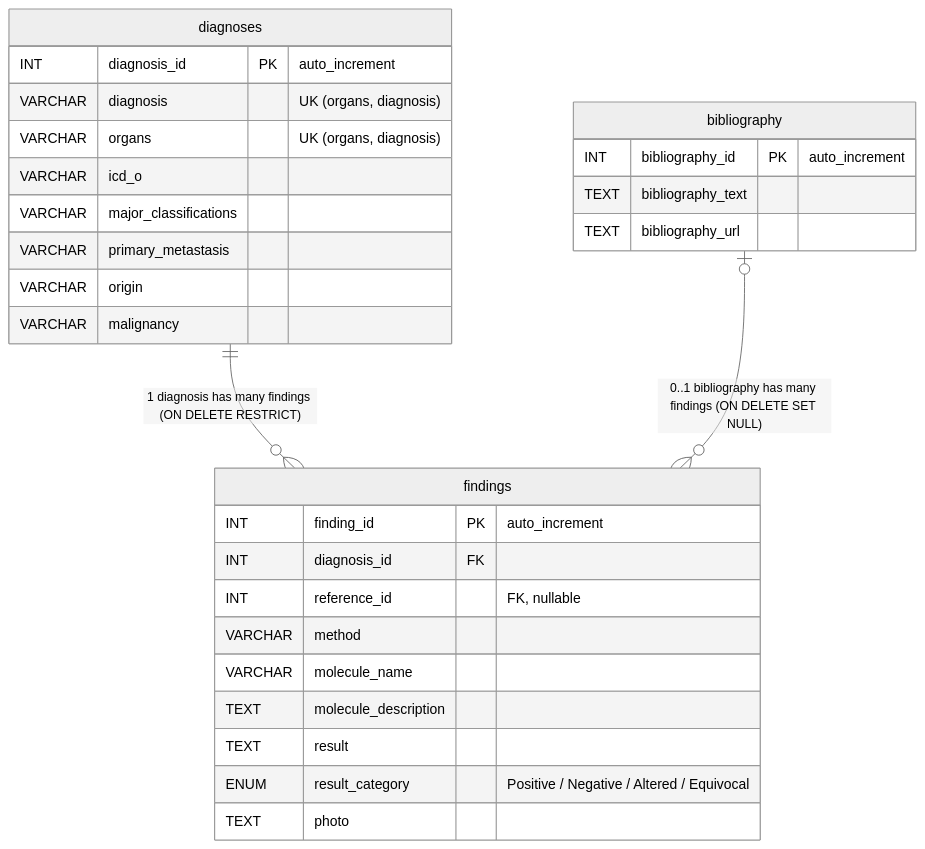
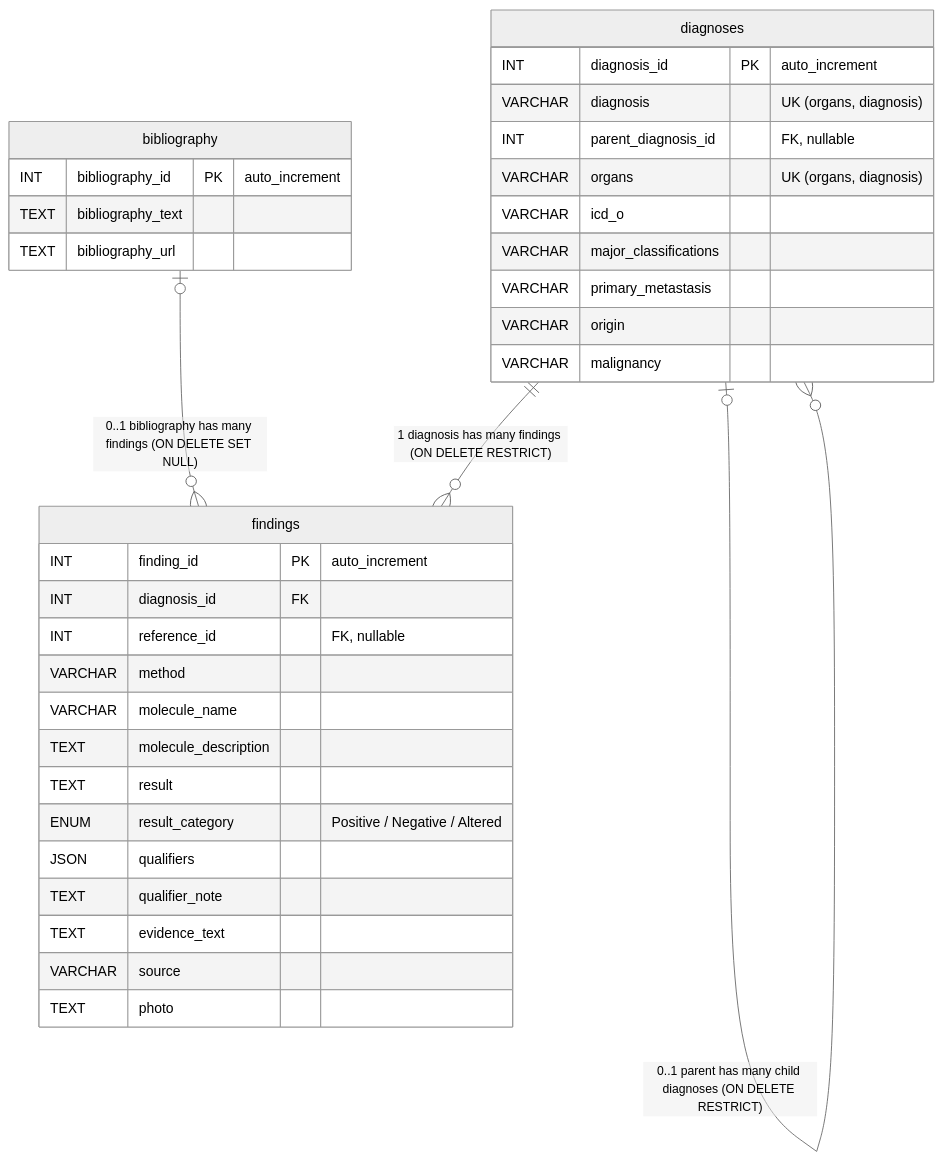
The diagram in docs/er-diagram.md (vdslab/evicoDB), drawn with Mermaid (neutral theme) before and after one commit. The commit also changed other lines of this file and 1 other file, not shown here.

Commit message:
feat(db): add diagnosis hierarchy and finding qualifiers

````diff
--- a/docs/er-diagram.md
+++ b/docs/er-diagram.md
@@ -8,34 +9,40 @@
 ```mermaid
 erDiagram
     diagnoses ||--o{ findings : "1 diagnosis has many findings (ON DELETE RESTRICT)"
+    diagnoses |o--o{ diagnoses : "0..1 parent has many child diagnoses (ON DELETE RESTRICT)"
     bibliography |o--o{ findings : "0..1 bibliography has many findings (ON DELETE SET NULL)"
 
     diagnoses {
         INT diagnosis_id PK "auto_increment"
         VARCHAR diagnosis "UK (organs, diagnosis)"
+        INT parent_diagnosis_id "FK, nullable"
         VARCHAR organs "UK (organs, diagnosis)"
         VARCHAR icd_o
         VARCHAR major_classifications
         VARCHAR primary_metastasis
         VARCHAR origin
         VARCHAR malignancy
     }
 
     bibliography {
         INT bibliography_id PK "auto_increment"
         TEXT bibliography_text
         TEXT bibliography_url
     }
 
     findings {
         INT finding_id PK "auto_increment"
         INT diagnosis_id FK
         INT reference_id "FK, nullable"
         VARCHAR method
         VARCHAR molecule_name
         TEXT molecule_description
         TEXT result
-        ENUM result_category "Positive / Negative / Altered / Equivocal"
+        ENUM result_category "Positive / Negative / Altered"
+        JSON qualifiers
+        TEXT qualifier_note
+        TEXT evidence_text
+        VARCHAR source
         TEXT photo
     }
 ```
````
